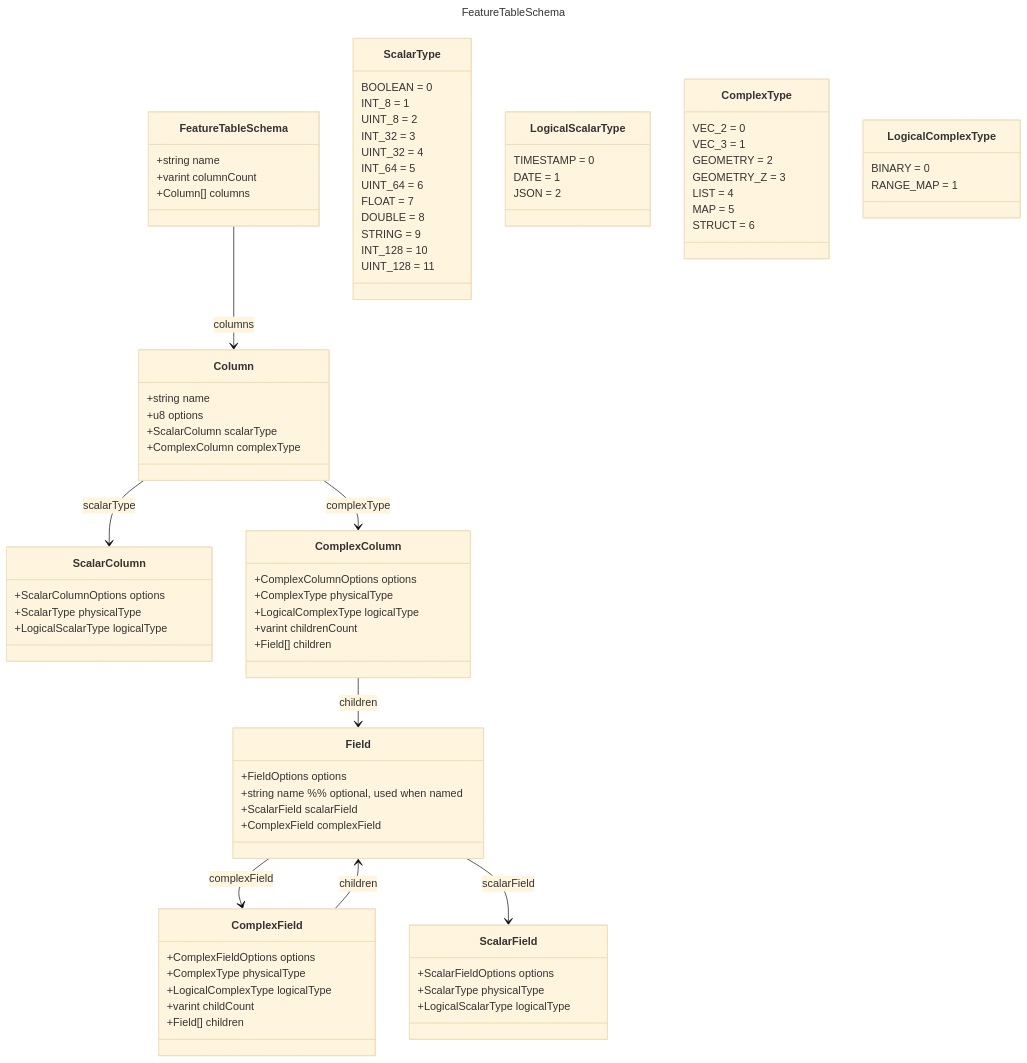
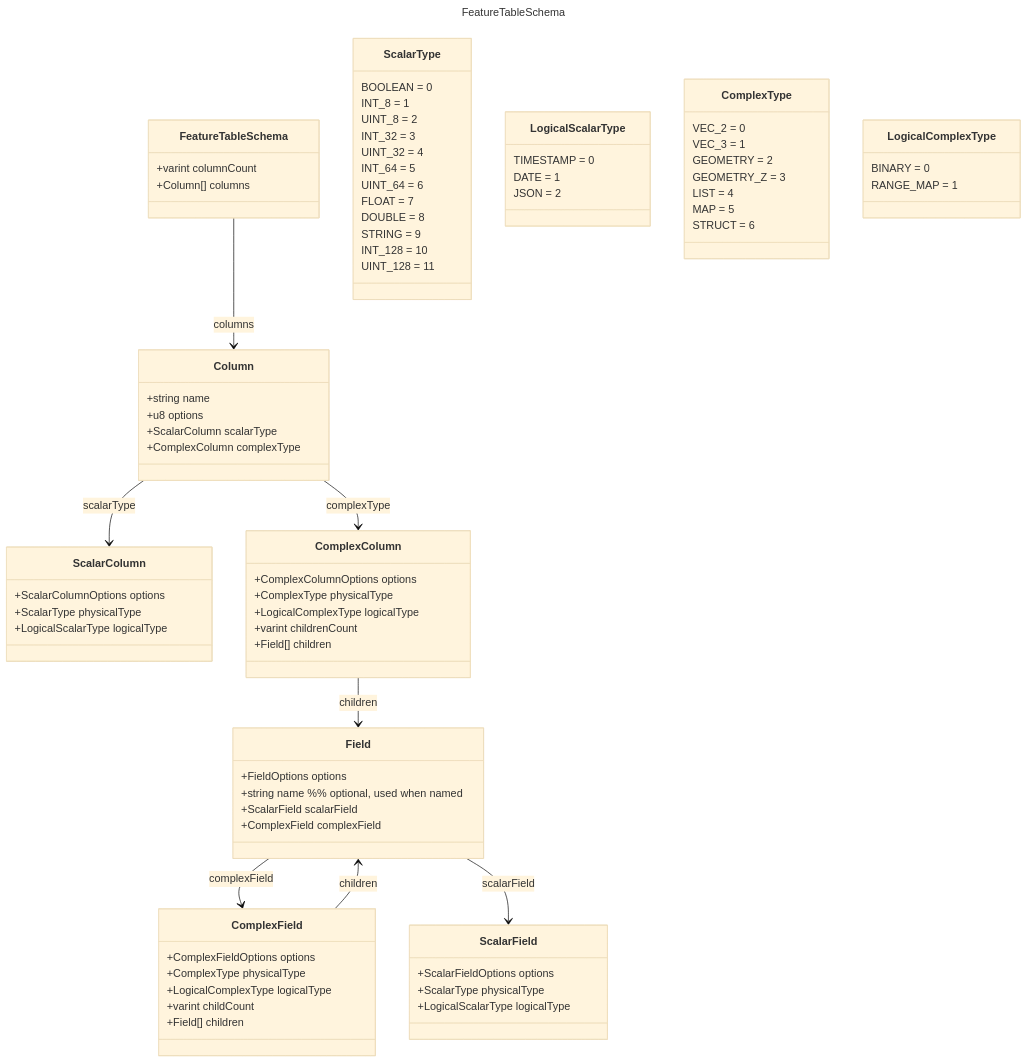
Before and after one commit to maplibre/maplibre-tile-spec: the diagram in spec/assets/FeatureTableSchema.mermaid, drawn with Mermaid (base theme).

Commit message:
remove name, it's in the global metadata

```diff
--- a/spec/assets/FeatureTableSchema.mermaid
+++ b/spec/assets/FeatureTableSchema.mermaid
@@ -1,110 +1,109 @@
 ---
 title: FeatureTableSchema
 ---
 classDiagram
     %% ---------------- FeatureTableSchema ----------------
     class FeatureTableSchema {
-      +string name
       +varint columnCount
       +Column[] columns
     }
 
     %% ---------------- Column ----------------
     class Column {
       +string name
       +u8 options
       +ScalarColumn scalarType
       +ComplexColumn complexType
     }
     %% Note: options flags for Column: nullable=1, complex=2, vertexScope=4
 
     %% ---------------- ScalarColumn ----------------
     class ScalarColumn {
       +ScalarColumnOptions options
       +ScalarType physicalType
       +LogicalScalarType logicalType
     }
     %% Note: options flag for ScalarColumnOptions: logical = 1
 
     %% ---------------- ComplexColumn ----------------
     class ComplexColumn {
       +ComplexColumnOptions options
       +ComplexType physicalType
       +LogicalComplexType logicalType
       +varint childrenCount
       +Field[] children
     }
     %% Note: options flag for ComplexColumnOptions: logical = 1
 
     %% ---------------- Field ----------------
     class Field {
       +FieldOptions options
       +string name  %% optional, used when named
       +ScalarField scalarField
       +ComplexField complexField
     }
     %% Note: options flags for FieldOptions: named = 1, nullable = 2, complex = 4
 
     %% ---------------- ScalarField ----------------
     class ScalarField {
       +ScalarFieldOptions options
       +ScalarType physicalType
       +LogicalScalarType logicalType
     }
     %% Note: options flag for ScalarFieldOptions: logical = 1
 
     %% ---------------- ComplexField ----------------
     class ComplexField {
       +ComplexFieldOptions options
       +ComplexType physicalType
       +LogicalComplexType logicalType
       +varint childCount
       +Field[] children
     }
     %% Note: options flag for ComplexFieldOptions: logical = 1
 
     %% ---------------- Enumerations ----------------
     class ScalarType {
       BOOLEAN = 0
       INT_8 = 1
       UINT_8 = 2
       INT_32 = 3
       UINT_32 = 4
       INT_64 = 5
       UINT_64 = 6
       FLOAT = 7
       DOUBLE = 8
       STRING = 9
       INT_128 = 10
       UINT_128 = 11
     }
 
     class LogicalScalarType {
       TIMESTAMP = 0
       DATE = 1
       JSON = 2
     }
 
     class ComplexType {
       VEC_2 = 0
       VEC_3 = 1
       GEOMETRY = 2
       GEOMETRY_Z = 3
       LIST = 4
       MAP = 5
       STRUCT = 6
     }
 
     class LogicalComplexType {
       BINARY = 0
       RANGE_MAP = 1
     }
 
     %% ---------------- Associations ----------------
     FeatureTableSchema --> Column : columns
     Column --> ScalarColumn : scalarType
     Column --> ComplexColumn : complexType
     ComplexColumn --> Field : children
     ComplexField --> Field : children
     Field --> ComplexField : complexField
     Field --> ScalarField : scalarField
```
